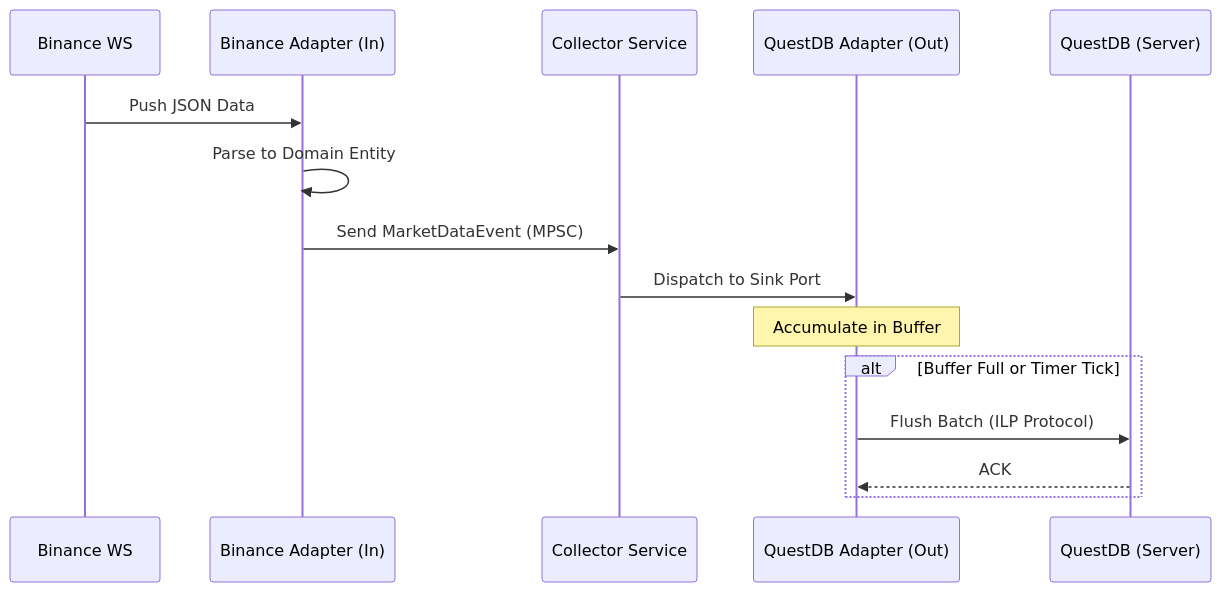
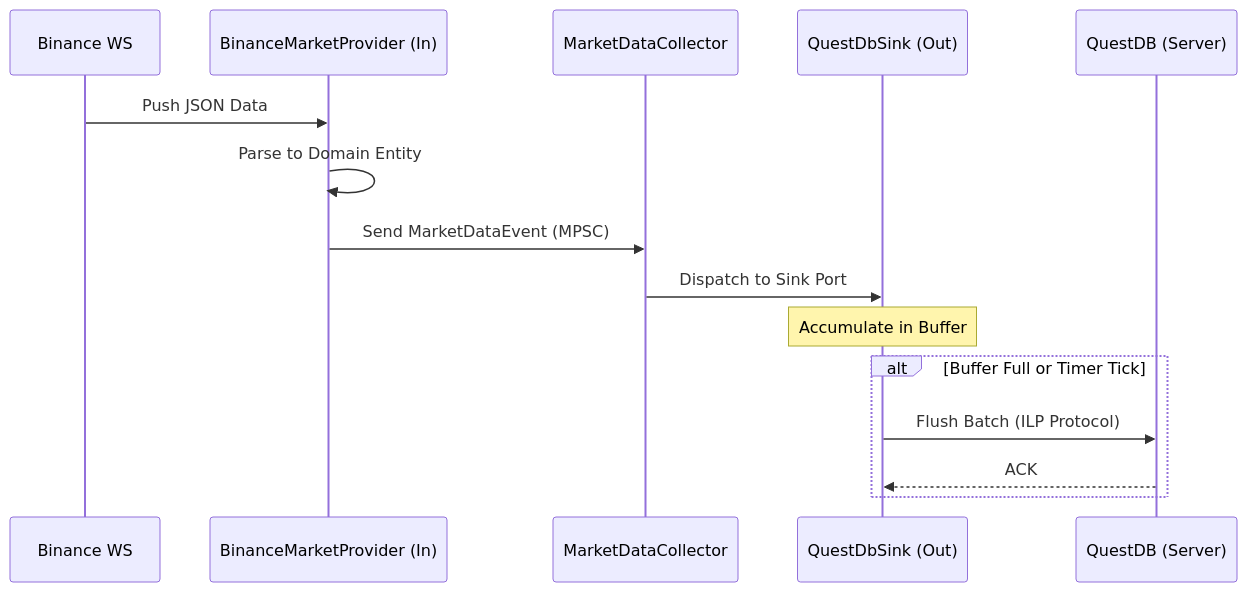
One commit to juny0955/trading-bot changed the first of 3 diagrams in docs/03_data_flow.md. Above: the diagram before and after it, drawn with Mermaid. The commit also changed other lines of this file and 3 other files, not shown here.

````diff
--- a/docs/03_data_flow.md
+++ b/docs/03_data_flow.md
@@ -18,18 +18,18 @@
 ```mermaid
 sequenceDiagram
     participant B as Binance WS
-    participant BA as Binance Adapter (In)
-    participant C as Collector Service
-    participant QA as QuestDB Adapter (Out)
+    participant BA as BinanceMarketProvider (In)
+    participant C as MarketDataCollector
+    participant QA as QuestDbSink (Out)
     participant Q as QuestDB (Server)
 
     B->>BA: Push JSON Data
     BA->>BA: Parse to Domain Entity
     BA->>C: Send MarketDataEvent (MPSC)
     C->>QA: Dispatch to Sink Port
     Note over QA: Accumulate in Buffer
     alt Buffer Full or Timer Tick
         QA->>Q: Flush Batch (ILP Protocol)
         Q-->>QA: ACK
     end
 ```
````
